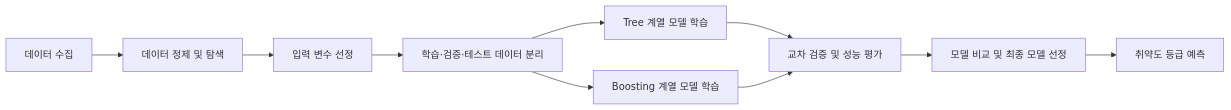
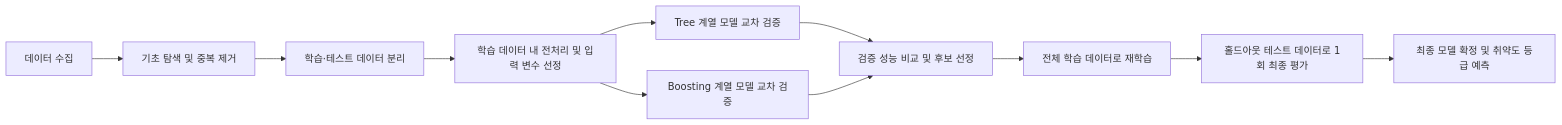
Before and after one commit to CUK-FLOUT/flout-server: the diagram in docs/AI_MODEL_PIPELINE.md, drawn with Mermaid. The commit also changed other lines of this file and 1 other file, not shown here.

````diff
--- a/docs/AI_MODEL_PIPELINE.md
+++ b/docs/AI_MODEL_PIPELINE.md
@@ -14,12 +14,13 @@
 ```mermaid
 flowchart LR
-    A[데이터 수집] --> B[데이터 정제 및 탐색]
-    B --> C[입력 변수 선정]
-    C --> D[학습·검증·테스트 데이터 분리]
-    D --> E[Tree 계열 모델 학습]
-    D --> F[Boosting 계열 모델 학습]
-    E --> G[교차 검증 및 성능 평가]
+    A[데이터 수집] --> B[기초 탐색 및 중복 제거]
+    B --> C[학습·테스트 데이터 분리]
+    C --> D[학습 데이터 내 전처리 및 입력 변수 선정]
+    D --> E[Tree 계열 모델 교차 검증]
+    D --> F[Boosting 계열 모델 교차 검증]
+    E --> G[검증 성능 비교 및 후보 선정]
     F --> G
-    G --> H[모델 비교 및 최종 모델 선정]
-    H --> I[취약도 등급 예측]
+    G --> H[전체 학습 데이터로 재학습]
+    H --> I[홀드아웃 테스트 데이터로 1회 최종 평가]
+    I --> J[최종 모델 확정 및 취약도 등급 예측]
 ```
````
